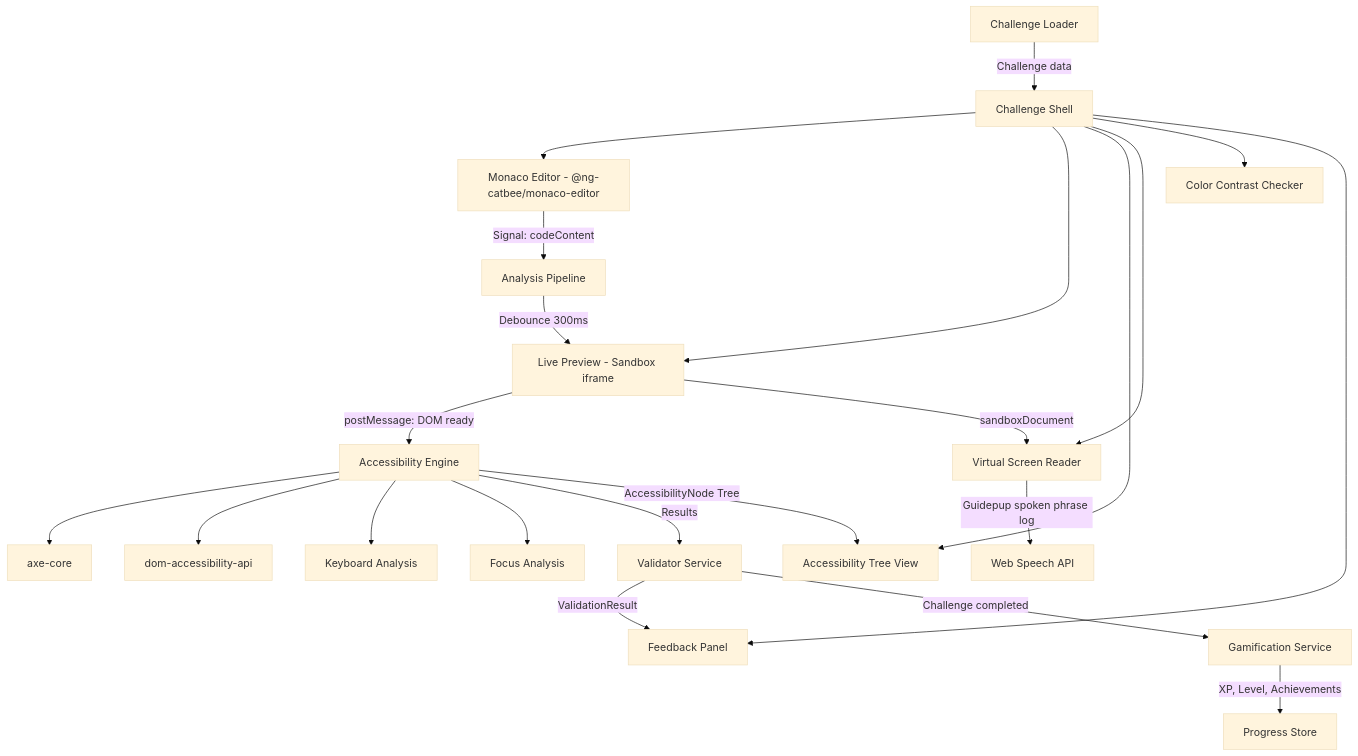
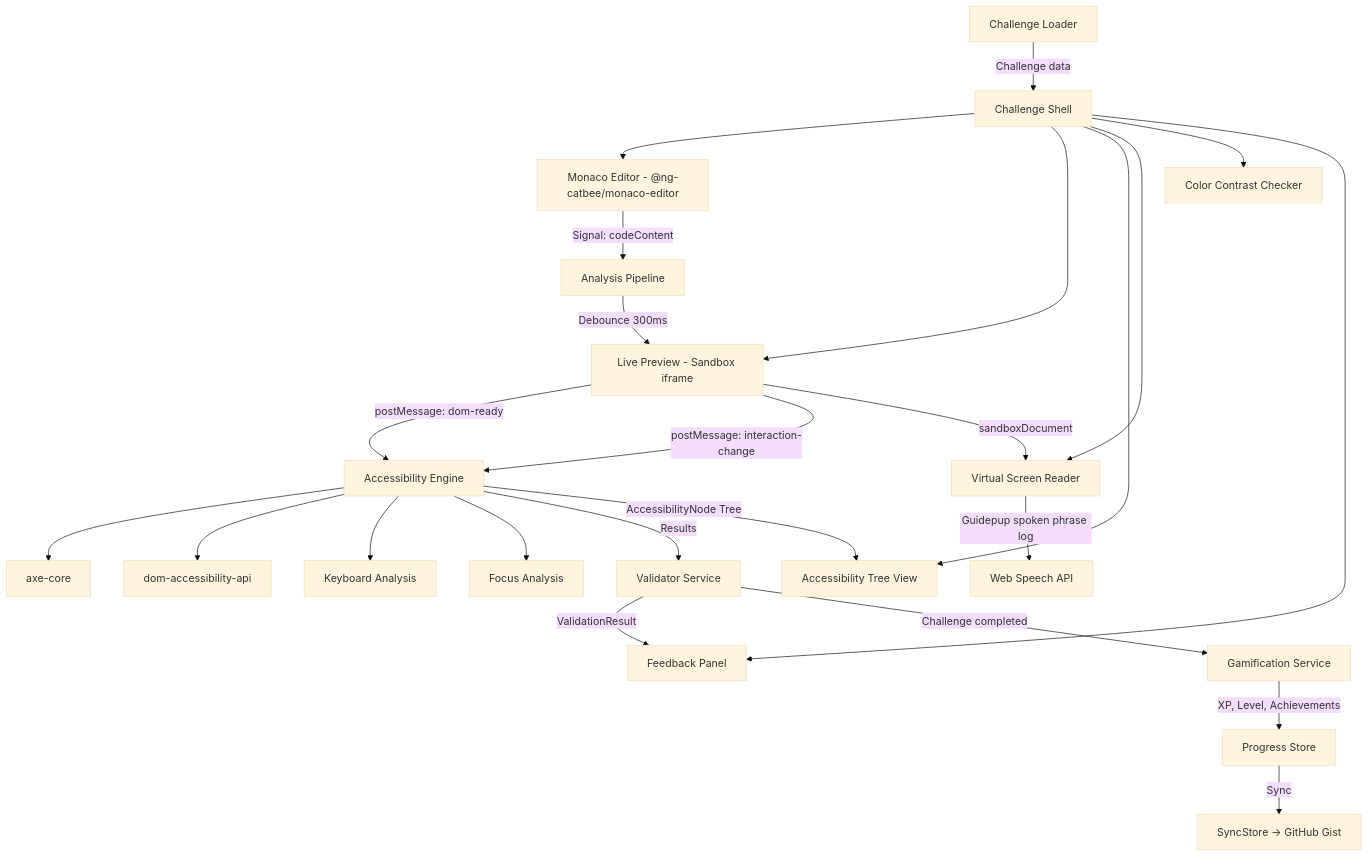
One commit to d-koppenhagen/practica11y changed the first of 2 diagrams in docs/architecture.md. Above: the diagram before and after it, drawn with Mermaid (base theme). The commit also changed other lines of this file and 2 other files, not shown here.

First line of the commit message:
docs: enhance architecture documentation and add github-auth-proxy reference

````diff
--- a/docs/architecture.md
+++ b/docs/architecture.md
@@ -9,26 +9,28 @@
 ```mermaid
 graph TD
     A[Challenge Loader] -->|Challenge data| B[Challenge Shell]
     B --> C[Monaco Editor - @ng-catbee/monaco-editor]
     B --> D[Live Preview - Sandbox iframe]
     B --> E[Accessibility Tree View]
     B --> P[Virtual Screen Reader]
     B --> CC[Color Contrast Checker]
     B --> F[Feedback Panel]
 
     C -->|Signal: codeContent| G[Analysis Pipeline]
     G -->|Debounce 300ms| D
-    D -->|postMessage: DOM ready| H[Accessibility Engine]
+    D -->|postMessage: dom-ready| H[Accessibility Engine]
+    D -->|postMessage: interaction-change| H
     H --> I[axe-core]
     H --> J[dom-accessibility-api]
     H --> K[Keyboard Analysis]
     H --> L[Focus Analysis]
     H -->|Results| M[Validator Service]
     M -->|ValidationResult| F
     H -->|AccessibilityNode Tree| E
     D -->|sandboxDocument| P
     P -->|Guidepup spoken phrase log| Q[Web Speech API]
 
     N[Gamification Service] -->|XP, Level, Achievements| O[Progress Store]
     M -->|Challenge completed| N
+    O -->|Sync| R[SyncStore → GitHub Gist]
 ```
````
